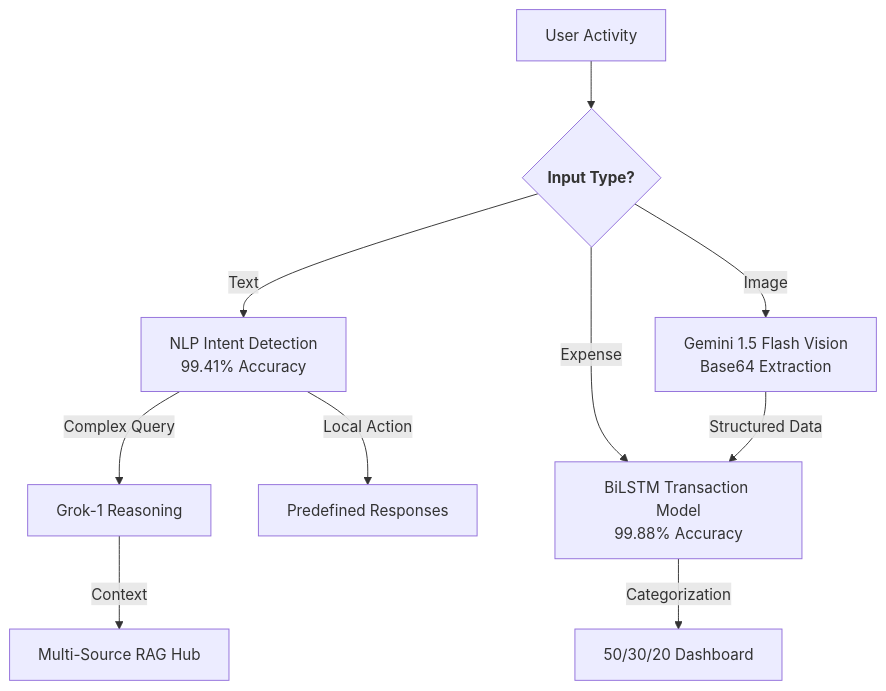
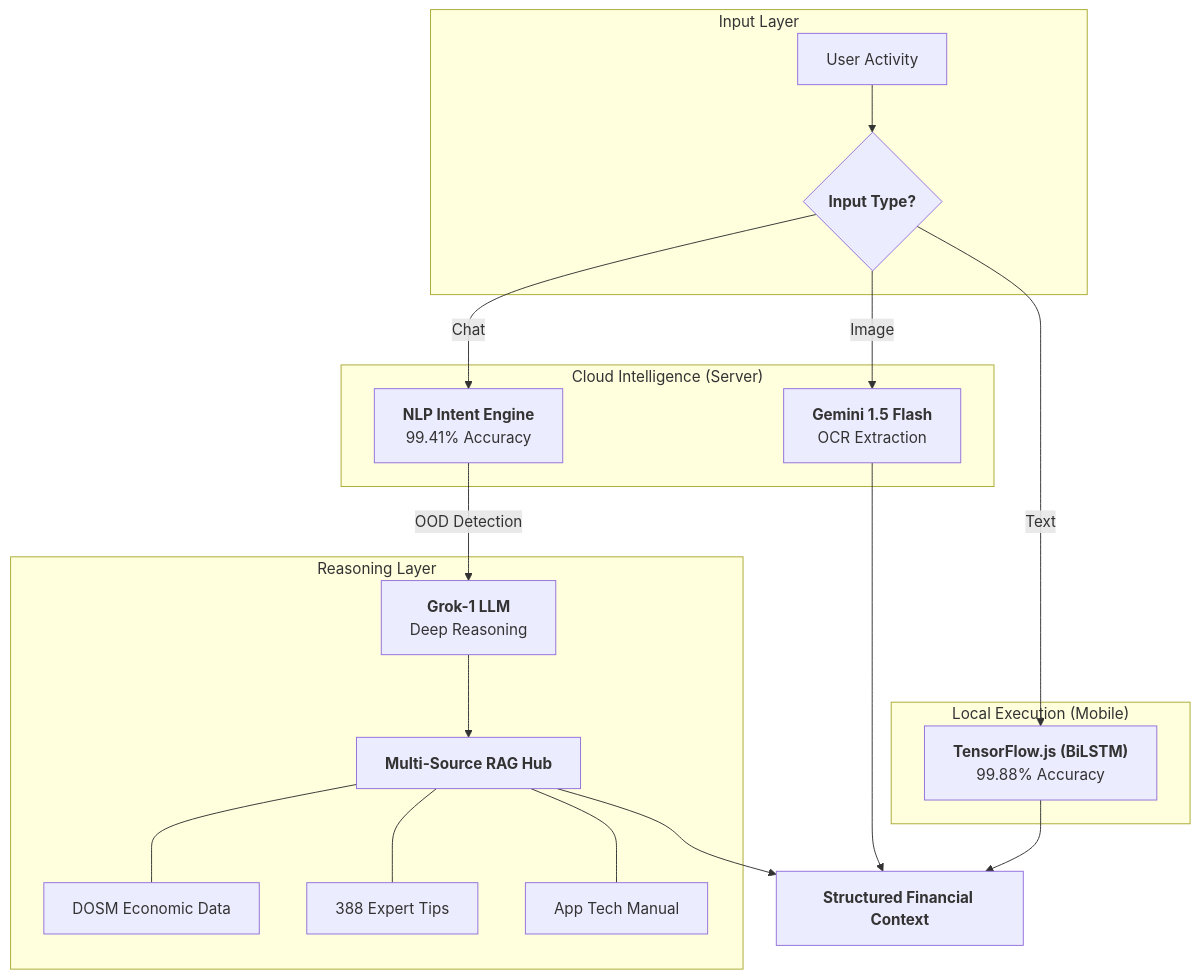
One commit to izwanGit/Beruang changed the diagram in README.md. Above: the diagram before and after it, drawn with Mermaid. The commit also changed other lines of this file, not shown here.

````diff
--- a/README.md
+++ b/README.md
@@ -70,16 +73,25 @@
 ```mermaid
 graph TD
-    UserInput["User Activity"] --> Route{<b>Input Type?</b>}
-    
-    Route -->|Text| Intent["NLP Intent Detection<br/>99.41% Accuracy"]
-    Route -->|Expense| BiLSTM["BiLSTM Transaction Model<br/>99.88% Accuracy"]
-    Route -->|Image| Vision["Gemini 1.5 Flash Vision<br/>Base64 Extraction"]
-    
-    Intent -->|Local Action| Static["Predefined Responses"]
-    Intent -->|Complex Query| LLM["Grok-1 Reasoning"]
-    
-    LLM -->|Context| RAG["Multi-Source RAG Hub"]
-    
-    BiLSTM -->|Categorization| Final["50/30/20 Dashboard"]
-    Vision -->|Structured Data| BiLSTM
+    subgraph "Input Layer"
+    U["User Activity"] --> R{<b>Input Type?</b>}
+    end
+
+    subgraph "Local Execution (Mobile)"
+    R -->|Text| TFJ["<b>TensorFlow.js (BiLSTM)</b><br/>99.88% Accuracy"]
+    end
+
+    subgraph "Cloud Intelligence (Server)"
+    R -->|Chat| INT["<b>NLP Intent Engine</b><br/>99.41% Accuracy"]
+    R -->|Image| GV["<b>Gemini 1.5 Flash</b><br/>OCR Extraction"]
+    end
+
+    subgraph "Reasoning Layer"
+    INT -->|OOD Detection| GROK["<b>Grok-1 LLM</b><br/>Deep Reasoning"]
+    GROK --> RAG["<b>Multi-Source RAG Hub</b>"]
+    RAG --- D1[DOSM Economic Data]
+    RAG --- D2[388 Expert Tips]
+    RAG --- D3[App Tech Manual]
+    end
+
+    TFJ & GV & RAG --> Out["<b>Structured Financial Context</b>"]
 ```
````
